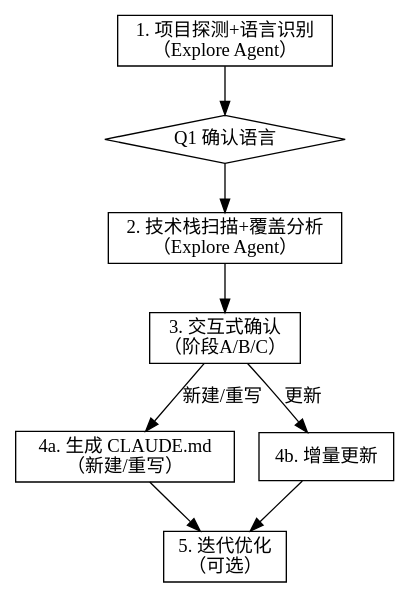
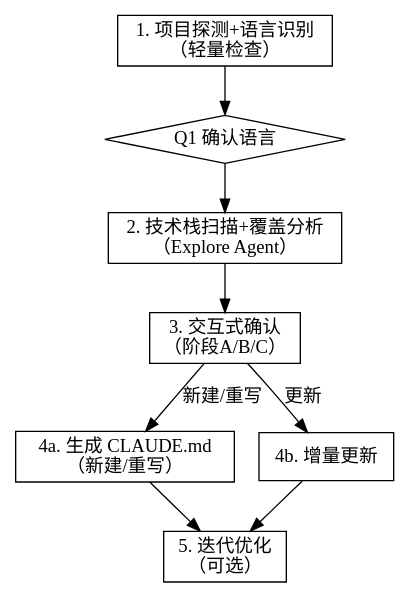
Before and after one commit to eefnrowe/crafts-hub: the diagram in skills/writing-claude-md/SKILL.md, drawn with Graphviz. The commit also changed other lines of this file and 1 other file, not shown here.

````diff
--- a/skills/writing-claude-md/SKILL.md
+++ b/skills/writing-claude-md/SKILL.md
@@ -21,19 +21,19 @@
 ```dot
 digraph writing_claude_md {
-    "1. 项目探测+语言识别\n（Explore Agent）" [shape=box];
+    "1. 项目探测+语言识别\n（轻量检查）" [shape=box];
     "Q1 确认语言" [shape=diamond];
     "2. 技术栈扫描+覆盖分析\n（Explore Agent）" [shape=box];
     "3. 交互式确认\n（阶段A/B/C）" [shape=box];
     "4a. 生成 CLAUDE.md\n（新建/重写）" [shape=box];
     "4b. 增量更新" [shape=box];
     "5. 迭代优化\n（可选）" [shape=box];
 
-    "1. 项目探测+语言识别\n（Explore Agent）" -> "Q1 确认语言";
+    "1. 项目探测+语言识别\n（轻量检查）" -> "Q1 确认语言";
     "Q1 确认语言" -> "2. 技术栈扫描+覆盖分析\n（Explore Agent）";
     "2. 技术栈扫描+覆盖分析\n（Explore Agent）" -> "3. 交互式确认\n（阶段A/B/C）";
     "3. 交互式确认\n（阶段A/B/C）" -> "4a. 生成 CLAUDE.md\n（新建/重写）" [label="新建/重写"];
     "3. 交互式确认\n（阶段A/B/C）" -> "4b. 增量更新" [label="更新"];
     "4a. 生成 CLAUDE.md\n（新建/重写）" -> "5. 迭代优化\n（可选）";
     "4b. 增量更新" -> "5. 迭代优化\n（可选）";
 }
 ```
````
